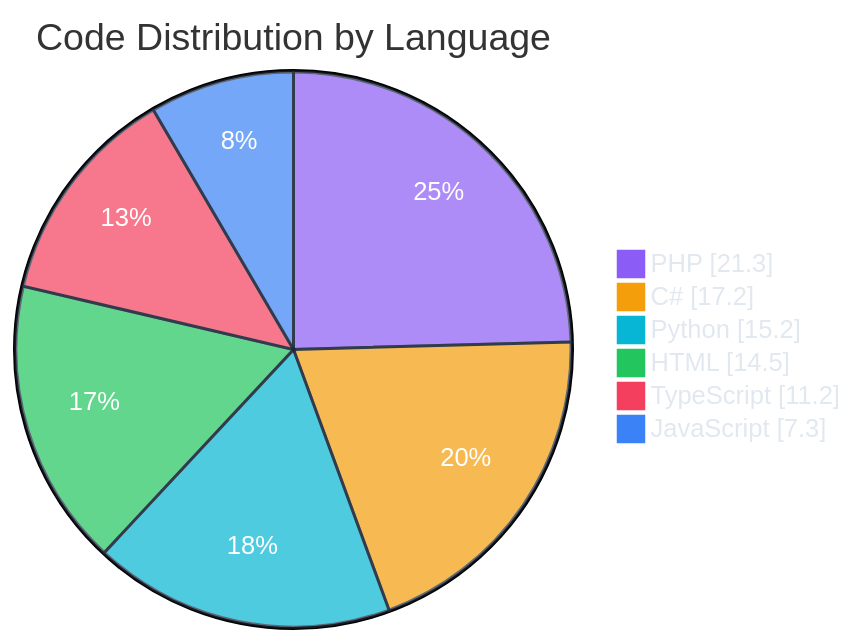
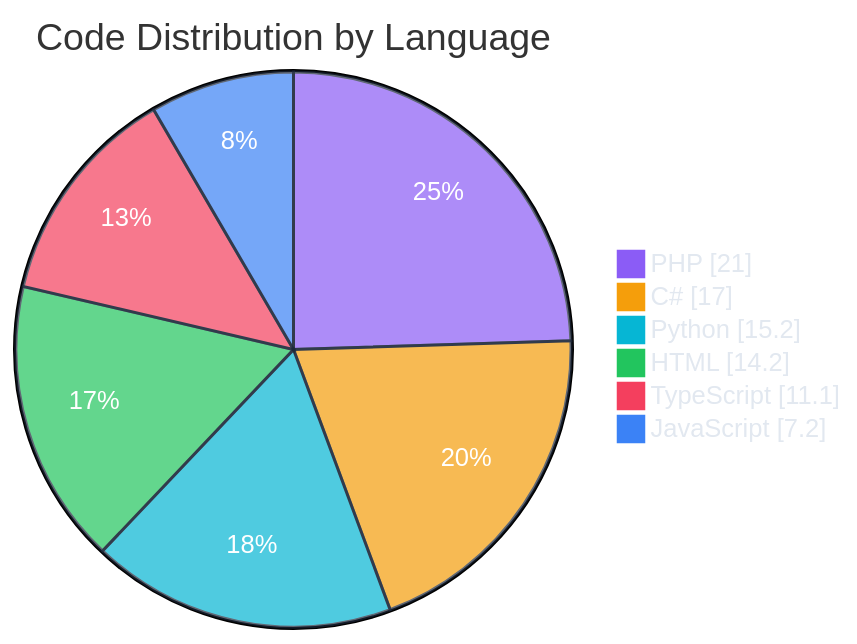
Before and after one commit to polo-nyan/polo-nyan: the second of 7 diagrams in README.md, drawn with Mermaid. The commit also changed other lines of this file and 1 other file, not shown here.

````diff
--- a/README.md
+++ b/README.md
@@ -229,11 +229,11 @@
 ```mermaid
 %%{init: {"theme": "base", "themeVariables": { "pie1": "#8b5cf6", "pie2": "#f59e0b", "pie3": "#06b6d4", "pie4": "#22c55e", "pie5": "#f43f5e", "pie6": "#3b82f6", "pie7": "#ec4899", "pieTextColor": "#ffffff", "pieLegendTextColor": "#e2e8f0", "pieSectionTextColor": "#ffffff", "pieStrokeColor": "#1e293b" }}}%%
 pie showData
     title Code Distribution by Language
-    "PHP" : 21.3
-    "C#" : 17.2
+    "PHP" : 21.0
+    "C#" : 17.0
     "Python" : 15.2
-    "HTML" : 14.5
-    "TypeScript" : 11.2
-    "JavaScript" : 7.3
+    "HTML" : 14.2
+    "TypeScript" : 11.1
+    "JavaScript" : 7.2
 ```
````
